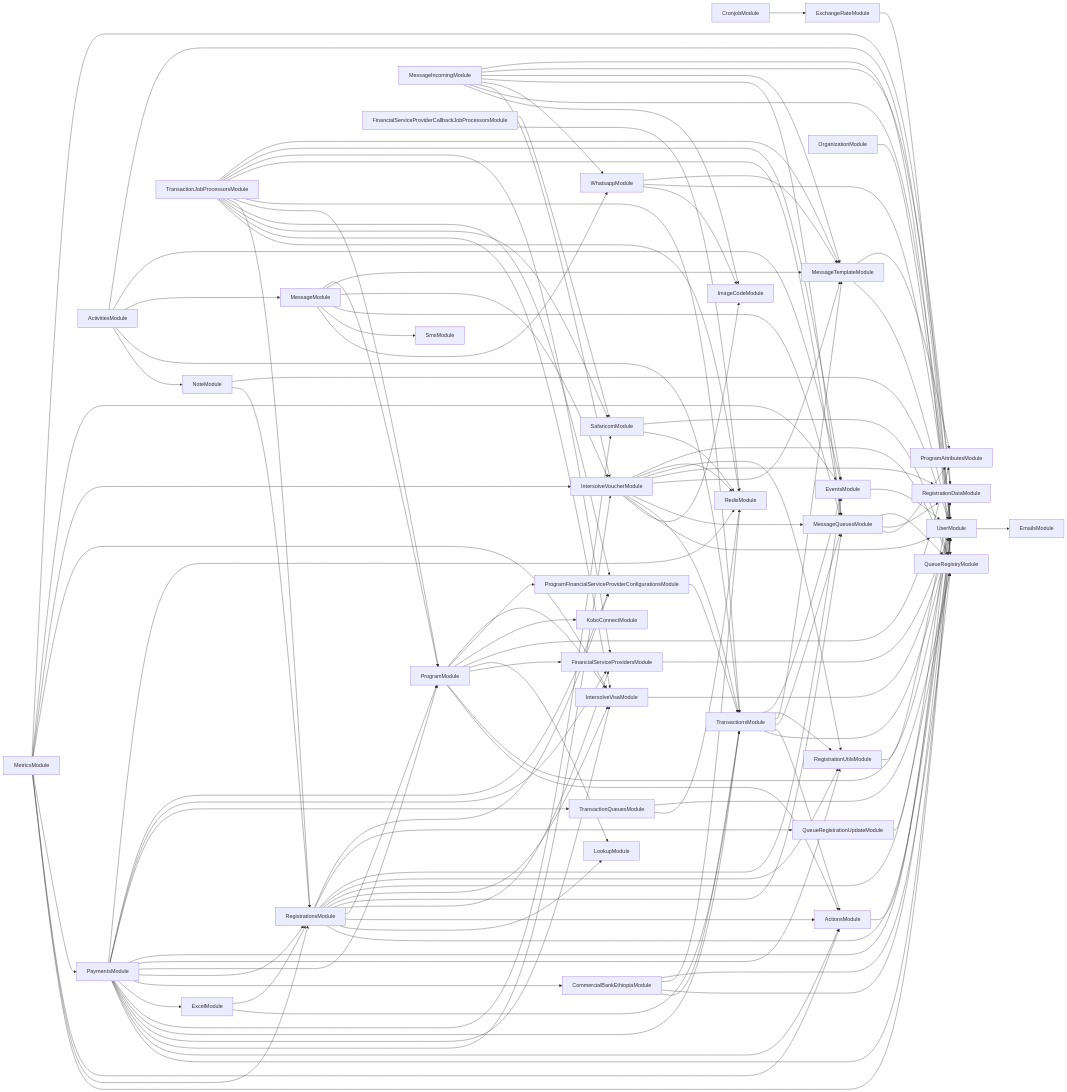
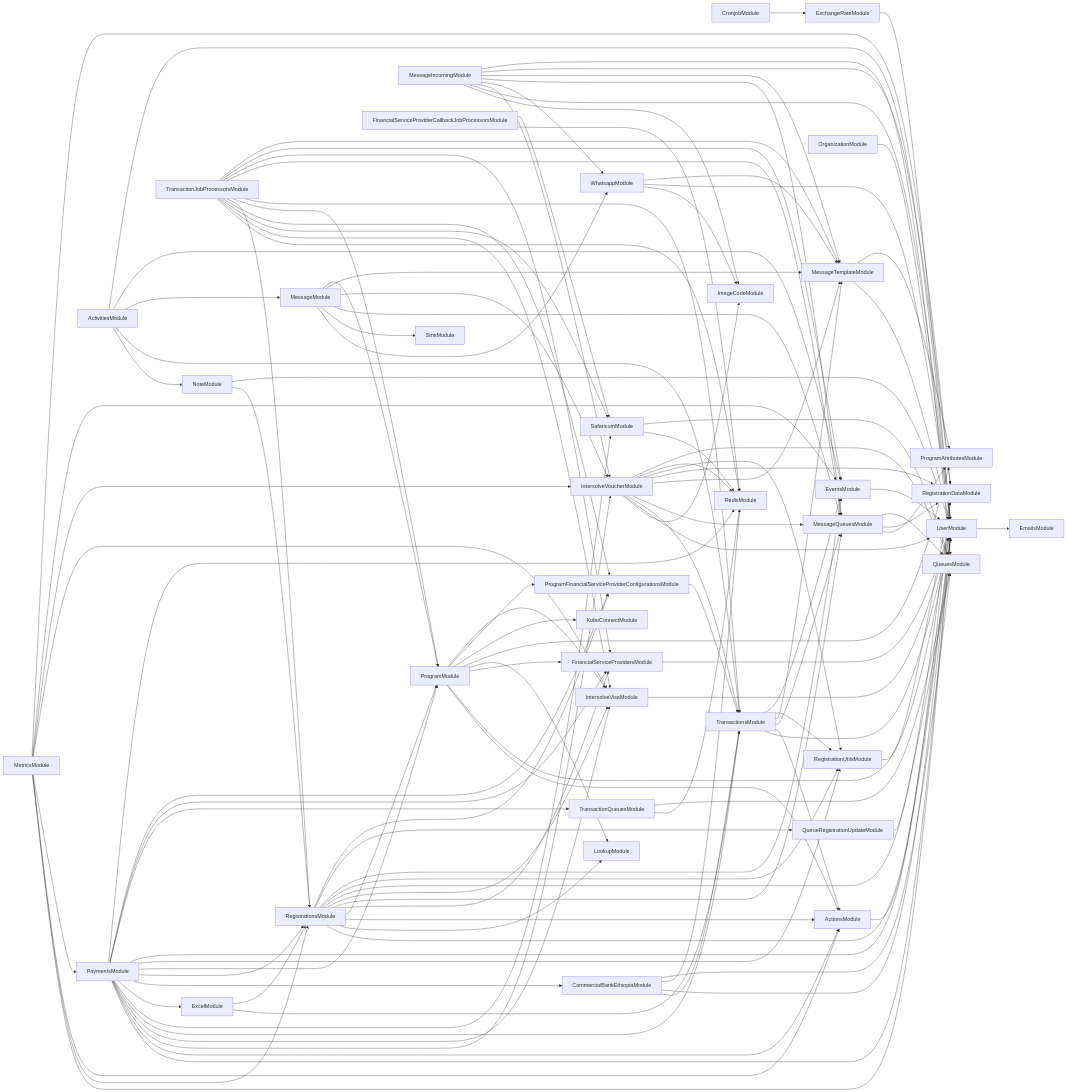
One commit to global-121/121-platform changed the diagram in services/121-service/module-dependencies.md. Above: the diagram before and after it, drawn with Mermaid. The commit also changed 24 other files, not shown here.

Commit message:
refactor: rename queue-registry to queues

```diff
--- a/services/121-service/module-dependencies.md
+++ b/services/121-service/module-dependencies.md
@@ -22,7 +22,7 @@
   TransactionsModule-->MessageQueuesModule
   MessageQueuesModule-->ProgramAttributesModule
   MessageQueuesModule-->RegistrationDataModule
-  MessageQueuesModule-->QueueRegistryModule
+  MessageQueuesModule-->QueuesModule
   TransactionsModule-->MessageTemplateModule
   TransactionsModule-->RegistrationUtilsModule
   RegistrationUtilsModule-->RegistrationDataModule
@@ -46,7 +46,7 @@
   IntersolveVoucherModule-->RegistrationDataModule
   IntersolveVoucherModule-->RegistrationUtilsModule
   IntersolveVoucherModule-->RedisModule
-  IntersolveVoucherModule-->QueueRegistryModule
+  IntersolveVoucherModule-->QueuesModule
   MessageModule-->MessageTemplateModule
   MessageModule-->ProgramModule
   MetricsModule-->UserModule
@@ -62,7 +62,7 @@
   RegistrationsModule-->RegistrationUtilsModule
   RegistrationsModule-->EventsModule
   RegistrationsModule-->QueueRegistrationUpdateModule
-  QueueRegistrationUpdateModule-->QueueRegistryModule
+  QueueRegistrationUpdateModule-->QueuesModule
   RegistrationsModule-->ProgramFinancialServiceProviderConfigurationsModule
   MetricsModule-->ActionsModule
   MetricsModule-->PaymentsModule
@@ -73,7 +73,7 @@
   PaymentsModule-->TransactionsModule
   PaymentsModule-->SafaricomModule
   SafaricomModule-->RedisModule
-  SafaricomModule-->QueueRegistryModule
+  SafaricomModule-->QueuesModule
   PaymentsModule-->ExcelModule
   ExcelModule-->TransactionsModule
   ExcelModule-->RegistrationsModule
@@ -81,14 +81,14 @@
   CommercialBankEthiopiaModule-->TransactionsModule
   CommercialBankEthiopiaModule-->UserModule
   CommercialBankEthiopiaModule-->RedisModule
-  CommercialBankEthiopiaModule-->QueueRegistryModule
+  CommercialBankEthiopiaModule-->QueuesModule
   PaymentsModule-->RegistrationsModule
   PaymentsModule-->ProgramModule
   PaymentsModule-->RegistrationUtilsModule
   PaymentsModule-->RegistrationDataModule
   PaymentsModule-->TransactionQueuesModule
   TransactionQueuesModule-->RedisModule
-  TransactionQueuesModule-->QueueRegistryModule
+  TransactionQueuesModule-->QueuesModule
   PaymentsModule-->FinancialServiceProvidersModule
   PaymentsModule-->ProgramFinancialServiceProviderConfigurationsModule
   PaymentsModule-->RedisModule
@@ -103,7 +103,7 @@
   MessageIncomingModule-->MessageQueuesModule
   MessageIncomingModule-->MessageTemplateModule
   MessageIncomingModule-->RegistrationDataModule
-  MessageIncomingModule-->QueueRegistryModule
+  MessageIncomingModule-->QueuesModule
   NoteModule-->RegistrationsModule
   NoteModule-->UserModule
   ActivitiesModule-->NoteModule
```
